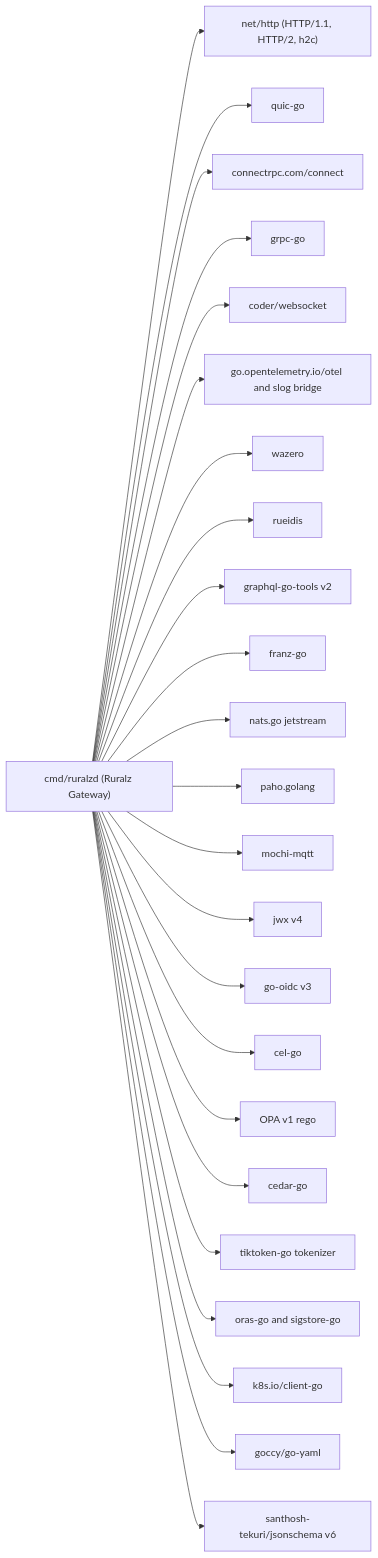
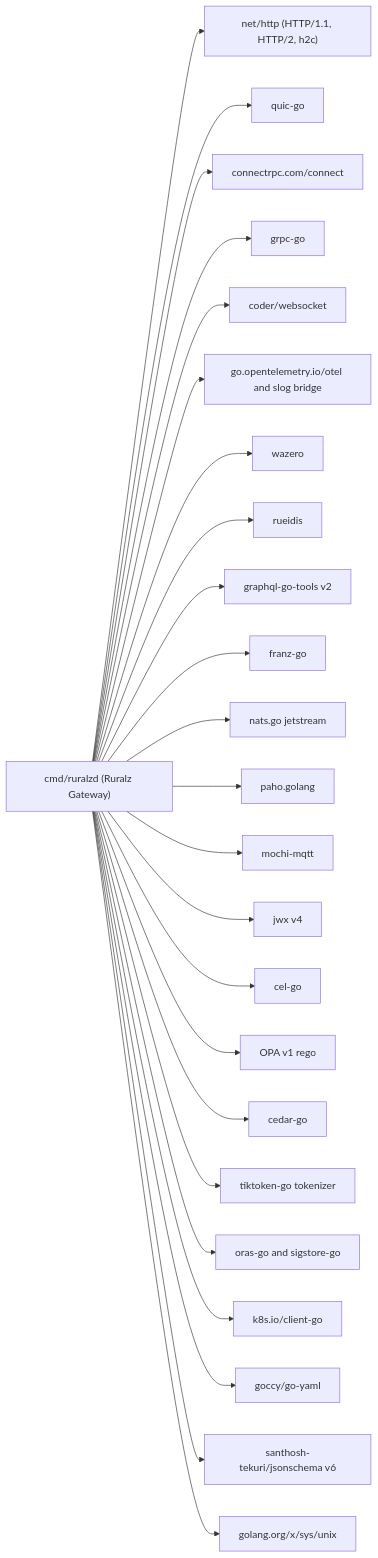
The first of 3 diagrams in docs/engineering/01-tech-stack-and-libraries.md (ravindu-rev/ruralz), drawn with Mermaid before and after one commit. The commit also changed other lines of this file and 22 other files, not shown here.

````diff
--- a/docs/engineering/01-tech-stack-and-libraries.md
+++ b/docs/engineering/01-tech-stack-and-libraries.md
@@ -122,50 +123,50 @@
 ```mermaid
 flowchart LR
   dp["cmd/ruralzd (Ruralz Gateway)"]
   http["net/http (HTTP/1.1, HTTP/2, h2c)"]
   quic["quic-go"]
   connect["connectrpc.com/connect"]
   grpc["grpc-go"]
   ws["coder/websocket"]
   otel["go.opentelemetry.io/otel and slog bridge"]
   wazero["wazero"]
   rueidis["rueidis"]
   gql["graphql-go-tools v2"]
   franz["franz-go"]
   nats["nats.go jetstream"]
   paho["paho.golang"]
   mochi["mochi-mqtt"]
   jwx["jwx v4"]
-  oidc["go-oidc v3"]
   cel["cel-go"]
   opa["OPA v1 rego"]
   cedar["cedar-go"]
   tik["tiktoken-go tokenizer"]
   oras["oras-go and sigstore-go"]
   k8s["k8s.io/client-go"]
   yaml["goccy/go-yaml"]
   jss["santhosh-tekuri/jsonschema v6"]
+  xsys["golang.org/x/sys/unix"]
   dp --> http
   dp --> quic
   dp --> connect
   dp --> grpc
   dp --> ws
   dp --> otel
   dp --> wazero
   dp --> rueidis
   dp --> gql
   dp --> franz
   dp --> nats
   dp --> paho
   dp --> mochi
   dp --> jwx
-  dp --> oidc
   dp --> cel
   dp --> opa
   dp --> cedar
   dp --> tik
   dp --> oras
   dp --> k8s
   dp --> yaml
   dp --> jss
+  dp --> xsys
 ```
````
